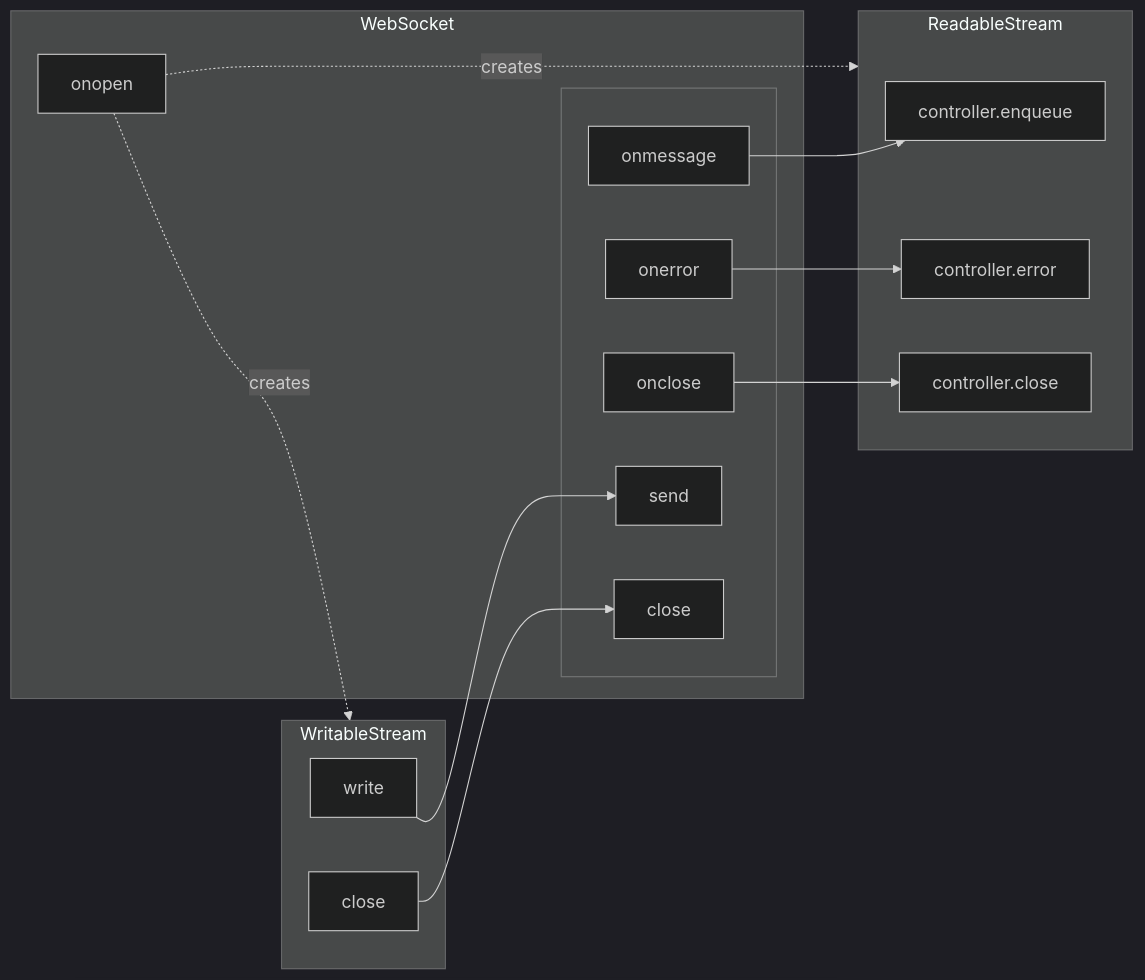
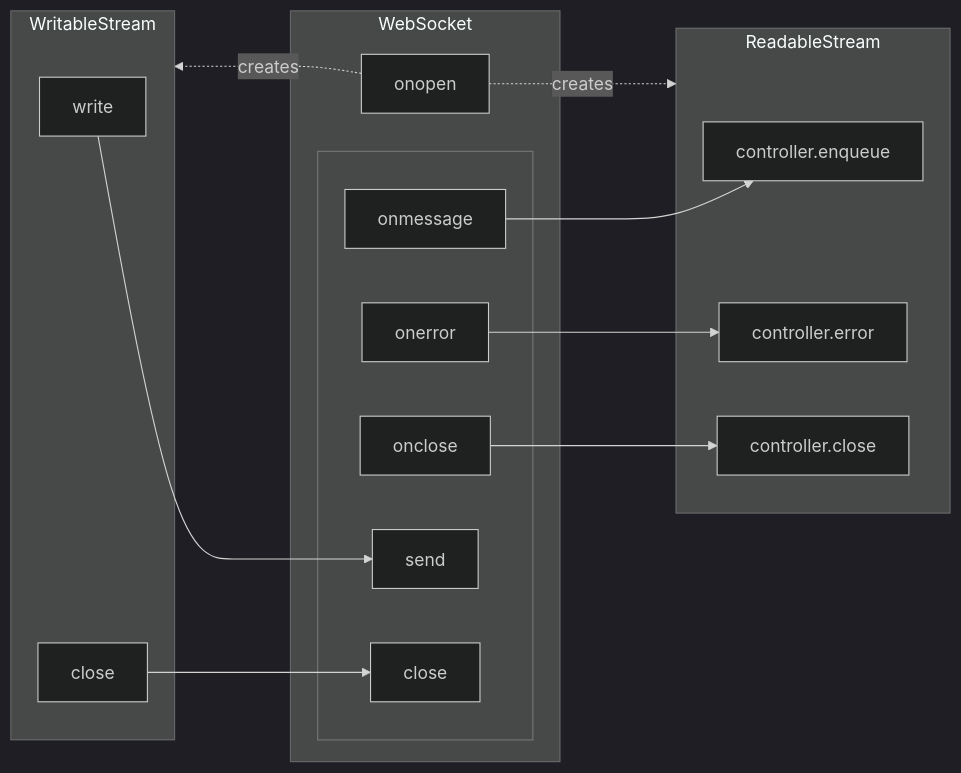
One commit to tango-adb/docs changed the diagram in docs/tango/web-stream/websocket.mdx. Above: the diagram before and after it, drawn with Mermaid (dark theme). The commit also changed 28 other files, not shown here.

````diff
--- a/docs/tango/web-stream/websocket.mdx
+++ b/docs/tango/web-stream/websocket.mdx
@@ -90,32 +90,36 @@
 ```mermaid
 flowchart LR
-    subgraph WebSocket
-        onopen
-        subgraph a[" "]
-            onmessage
-            onerror
-            onclose
-            send
-            WebSocketClose["close"]
-        end
-    end
-
     subgraph WritableStream
         write
         close
     end
 
-    subgraph ReadableStream
-        onmessage --> controller.enqueue
-        onerror --> controller.error
-        onclose --> controller.close
+    subgraph WebSocket
+        onopen
+        subgraph a[" "]
+        onmessage
+        onerror
+        onclose
+        send
+        WebSocketClose["close"]
+        end
     end
 
-    WritableStream ~~~ WebSocket
+    subgraph ReadableStream
+        controller.enqueue
+        controller.error
+        controller.close
+    end
+
+    WritableStream ~~~ onopen
+
+    onopen -. creates .-> ReadableStream
+    onopen -. creates .-> WritableStream
+
+    onmessage --> controller.enqueue
+    onerror --> controller.error
+    onclose --> controller.close
 
     write --> send
     close --> WebSocketClose
-
-    onopen -. creates .-> ReadableStream
-    onopen -. creates .-> WritableStream
 ```
````
